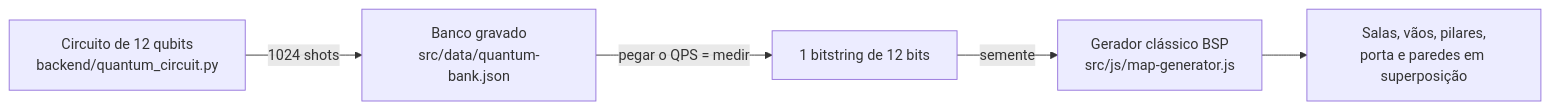
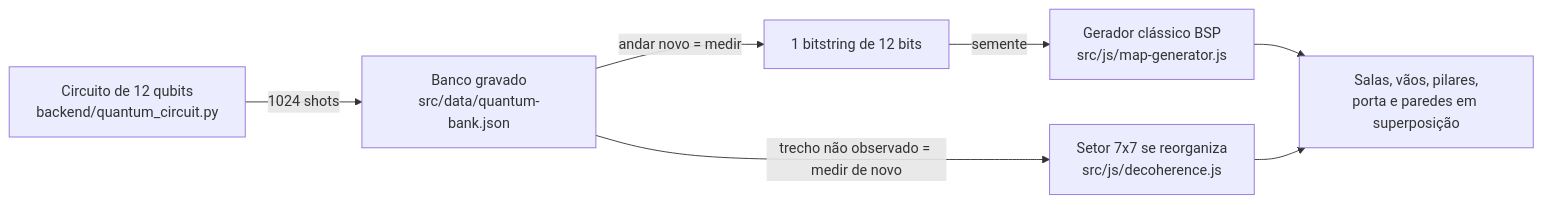
One commit to julia-lika/imersion-quantum-backrooms changed the diagram in docs/semanas/conceitos-quanticos.md. Above: the diagram before and after it, drawn with Mermaid. The commit also changed other lines of this file and 16 other files, not shown here.

````diff
--- a/docs/semanas/conceitos-quanticos.md
+++ b/docs/semanas/conceitos-quanticos.md
@@ -15,7 +15,9 @@
 ```mermaid
 flowchart LR
   A[Circuito de 12 qubits<br/>backend/quantum_circuit.py] -->|1024 shots| B[Banco gravado<br/>src/data/quantum-bank.json]
-  B -->|pegar o QPS = medir| C[1 bitstring de 12 bits]
+  B -->|andar novo = medir| C[1 bitstring de 12 bits]
   C -->|semente| D[Gerador clássico BSP<br/>src/js/map-generator.js]
   D --> E[Salas, vãos, pilares,<br/>porta e paredes em superposição]
+  B -->|trecho não observado = medir de novo| F[Setor 7x7 se reorganiza<br/>src/js/decoherence.js]
+  F --> E
 ```
````
